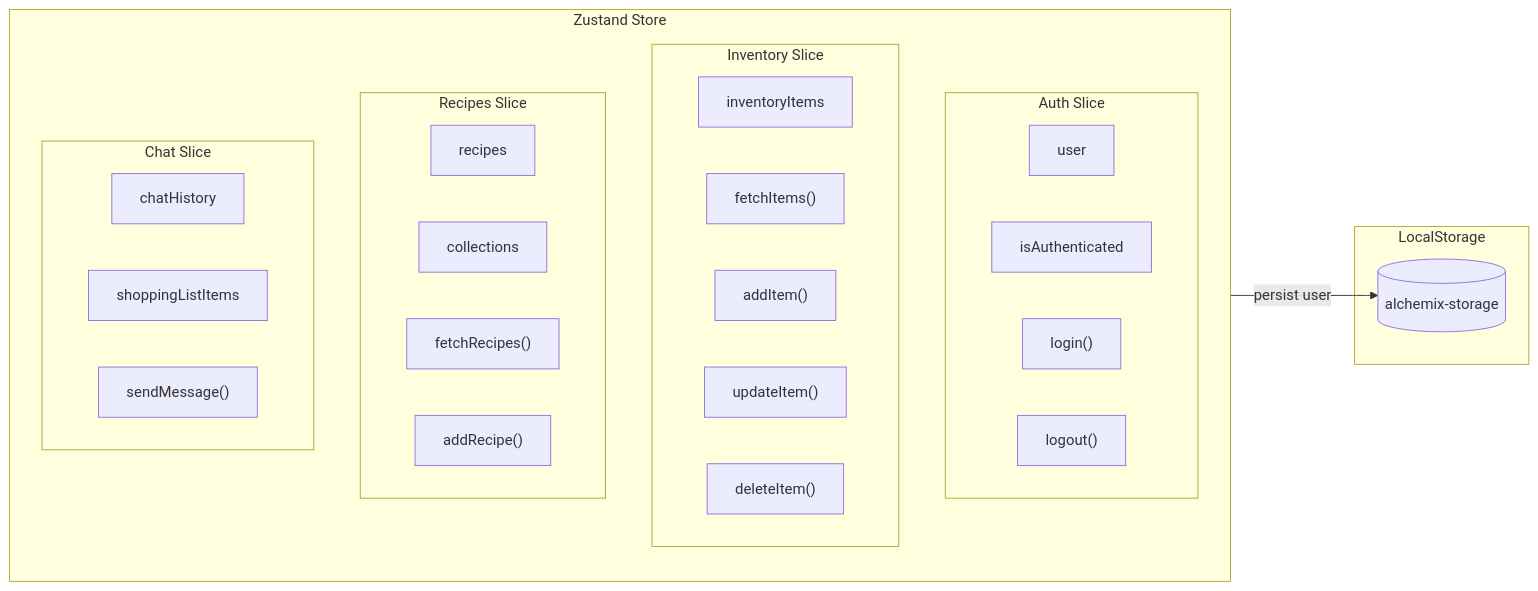
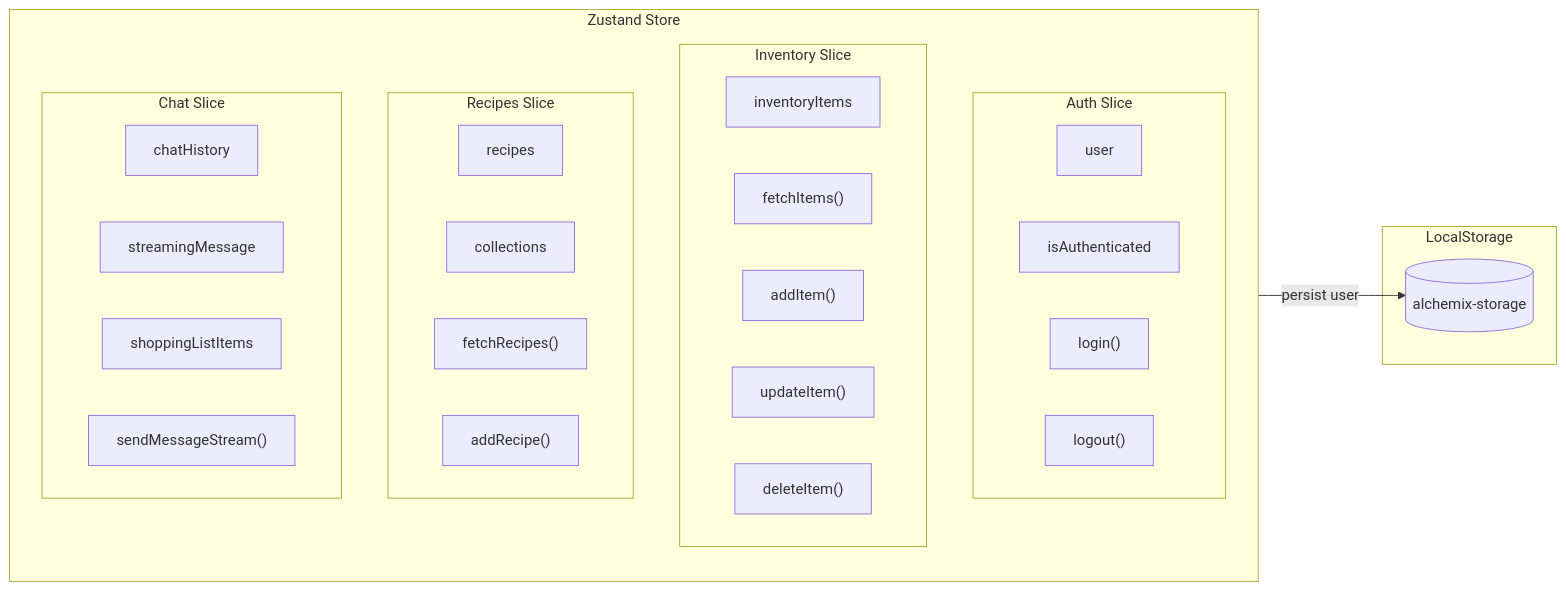
One commit to JLawMcGraw/alchemix changed the fourth of 12 diagrams in Documentation/ARCHITECTURE.md. Above: the diagram before and after it, drawn with Mermaid. The commit also changed other lines of this file and 16 other files, not shown here.

````diff
--- a/Documentation/ARCHITECTURE.md
+++ b/Documentation/ARCHITECTURE.md
@@ -359,38 +359,39 @@
 ```mermaid
 graph LR
     subgraph Store["Zustand Store"]
         subgraph AuthSlice["Auth Slice"]
             User[user]
             IsAuth[isAuthenticated]
             Login["login()"]
             Logout["logout()"]
         end
 
         subgraph InventorySlice["Inventory Slice"]
             Items[inventoryItems]
             FetchItems["fetchItems()"]
             AddItem["addItem()"]
             UpdateItem["updateItem()"]
             DeleteItem["deleteItem()"]
         end
 
         subgraph RecipesSlice["Recipes Slice"]
             RecList[recipes]
             Collections[collections]
             FetchRec["fetchRecipes()"]
             AddRec["addRecipe()"]
         end
 
         subgraph ChatSlice["Chat Slice"]
             Messages[chatHistory]
+            Streaming[streamingMessage]
             ShopItems[shoppingListItems]
-            SendMsg["sendMessage()"]
+            SendMsg["sendMessageStream()"]
         end
     end
 
     subgraph Persistence["LocalStorage"]
         LS[(alchemix-storage)]
     end
 
     Store -->|persist user| LS
 ```
````
